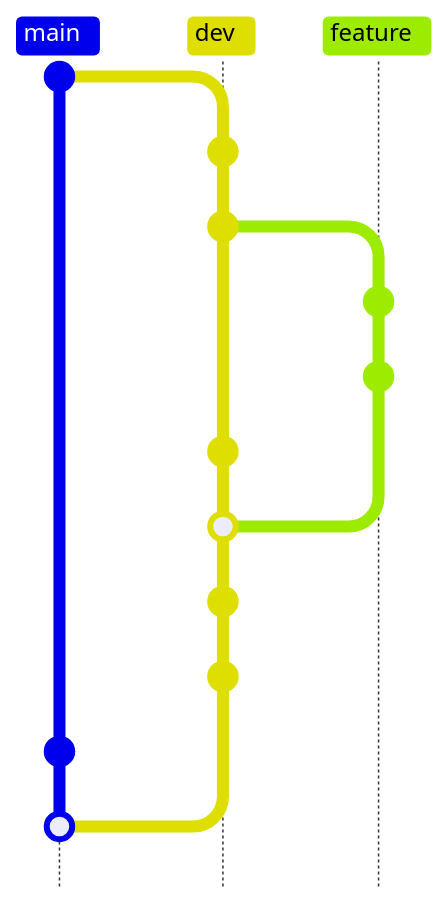
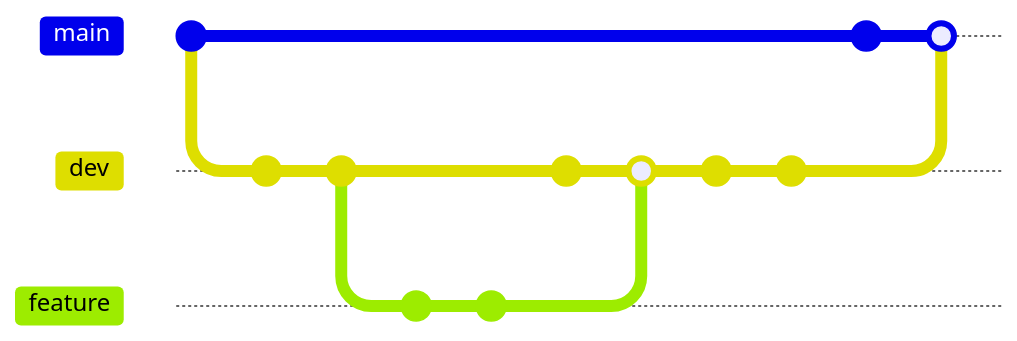
The tenth of 12 diagrams in posts/2023/s3/2023-08-03-mermaid-gitgraph.md (PasseRR/passerr.github.io), drawn with Mermaid before and after one commit. The commit also changed other lines of this file and 1 other file, not shown here. Commit ids are hidden.

Commit message:
升级mermaid版本

````diff
--- a/posts/2023/s3/2023-08-03-mermaid-gitgraph.md
+++ b/posts/2023/s3/2023-08-03-mermaid-gitgraph.md
@@ -259,20 +259,20 @@
 ```mermaid
-gitGraph TB:
+gitGraph LR:
   commit
   branch dev
   checkout dev
   commit
   commit
   branch feature
   checkout feature
   commit
   commit
   checkout dev
   commit
   merge feature
   commit
   commit
   checkout main
   commit
   merge dev
 ```
````
